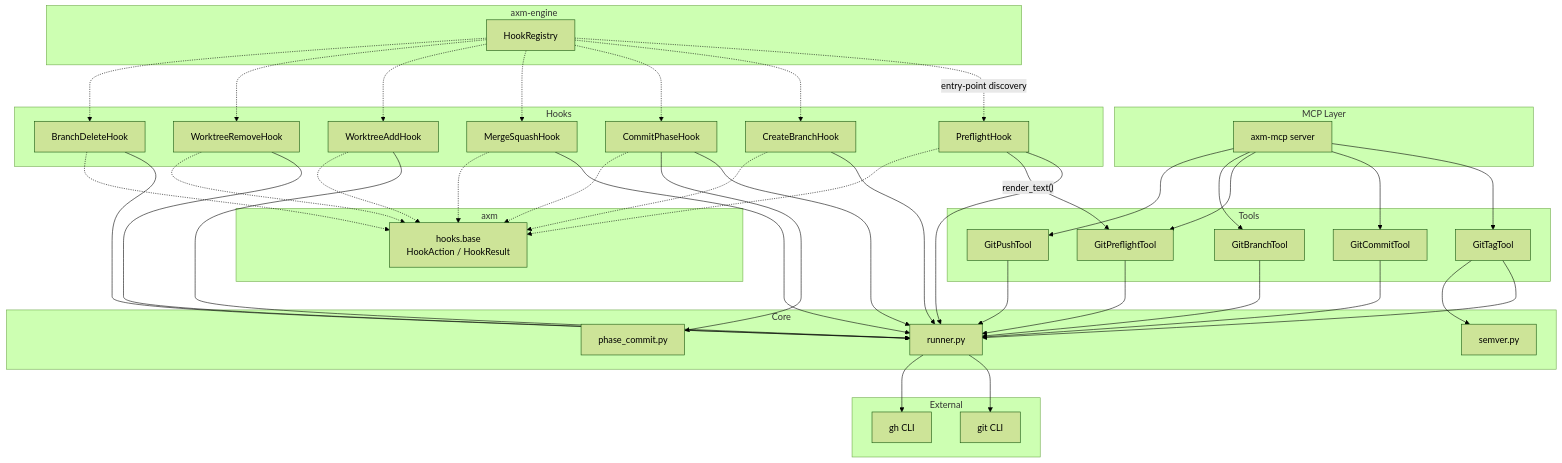
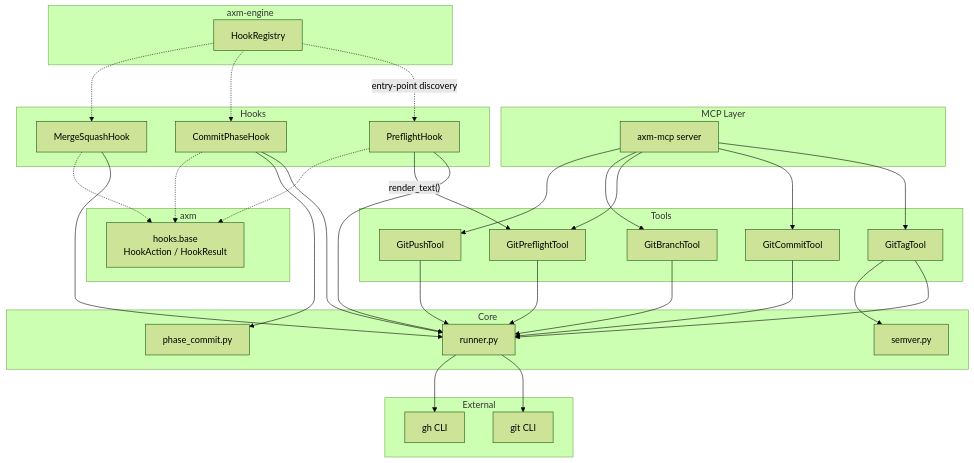
One commit to axm-protocols/axm-forge changed the diagram in packages/axm-git/docs/explanation/architecture.md. Above: the diagram before and after it, drawn with Mermaid (forest theme). The commit also changed other lines of this file and 19 other files, not shown here.

````diff
--- a/packages/axm-git/docs/explanation/architecture.md
+++ b/packages/axm-git/docs/explanation/architecture.md
@@ -7,80 +7,64 @@
 ```mermaid
 graph TD
     subgraph "MCP Layer"
         MCP["axm-mcp server"]
     end
 
     subgraph "Tools"
         Tag["GitTagTool"]
         Commit["GitCommitTool"]
         Preflight["GitPreflightTool"]
         Branch["GitBranchTool"]
         Push["GitPushTool"]
     end
 
     subgraph "Hooks"
         PF["PreflightHook"]
-        CB["CreateBranchHook"]
-        BD["BranchDeleteHook"]
         CP["CommitPhaseHook"]
         MS["MergeSquashHook"]
-        WA["WorktreeAddHook"]
-        WR["WorktreeRemoveHook"]
     end
 
     subgraph "Core"
         Runner["runner.py"]
         Semver["semver.py"]
         PhaseCommit["phase_commit.py"]
     end
 
     subgraph "External"
         Git["git CLI"]
         GH["gh CLI"]
     end
 
     subgraph "axm"
         HookBase["hooks.base<br>HookAction / HookResult"]
     end
 
     subgraph "axm-engine"
         Registry["HookRegistry"]
     end
 
     MCP --> Tag
     MCP --> Commit
     MCP --> Preflight
     MCP --> Branch
     MCP --> Push
     Tag --> Runner
     Tag --> Semver
     Commit --> Runner
     Preflight --> Runner
     Branch --> Runner
     Push --> Runner
     PF --> Runner
     PF -->|"render_text()"| Preflight
-    CB --> Runner
     CP --> Runner
     CP --> PhaseCommit
     MS --> Runner
-    WA --> Runner
-    WR --> Runner
-    BD --> Runner
     Runner --> Git
     Runner --> GH
     PF -.-> HookBase
-    CB -.-> HookBase
     CP -.-> HookBase
     MS -.-> HookBase
-    WA -.-> HookBase
-    WR -.-> HookBase
-    BD -.-> HookBase
     Registry -.->|"entry-point discovery"| PF
-    Registry -.-> CB
     Registry -.-> CP
     Registry -.-> MS
-    Registry -.-> WA
-    Registry -.-> WR
-    Registry -.-> BD
 ```
````
